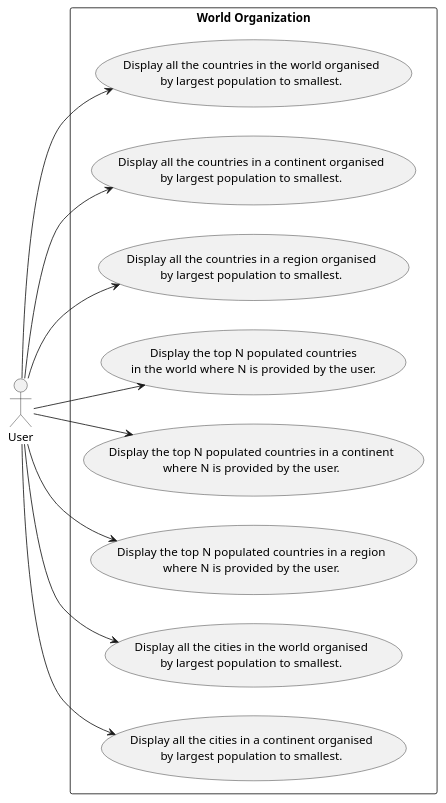
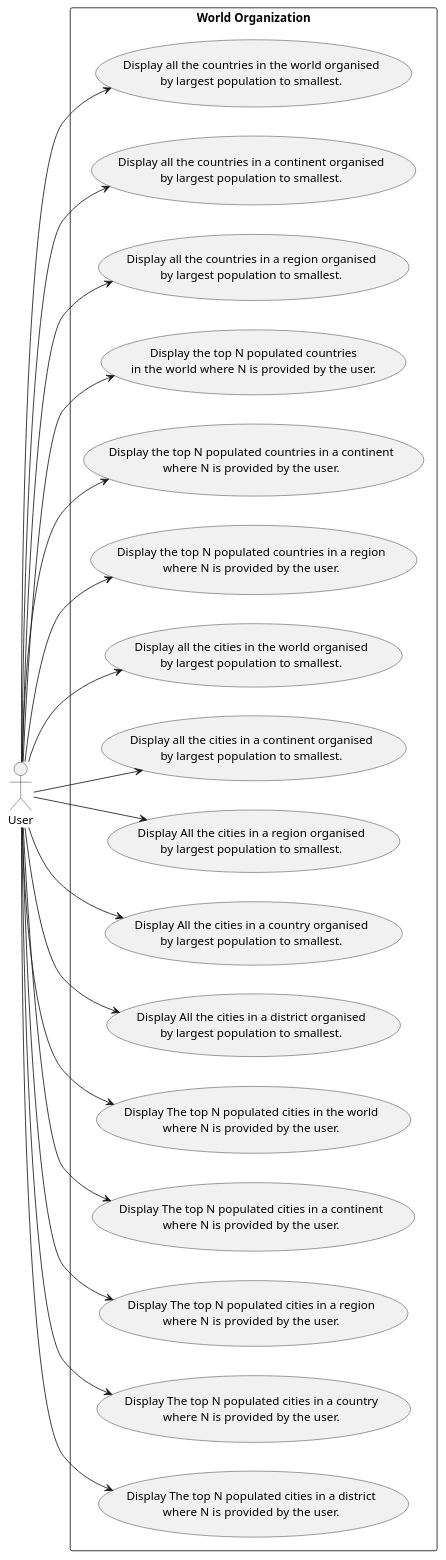
The diagram in use-case/group5.puml (Ngwe-Yee/group5), drawn with PlantUML before and after one commit.

Commit message:
Use Case Diagram is used. [40478654]

```diff
--- a/use-case/group5.puml
+++ b/use-case/group5.puml
@@ -1,37 +1,60 @@
 @startuml
 
 left to right direction
 actor User as "User"
 
 
 
 rectangle "World Organization" {
-    usecase UC4 as "Display all the countries in the world organised
-                        by largest population to smallest."
-    usecase UC5 as "Display all the countries in a continent organised
-                        by largest population to smallest."
-    usecase UC6 as "Display all the countries in a region organised
-                        by largest population to smallest."
-    usecase UC7 as "Display the top N populated countries
-                        in the world where N is provided by the user."
-    usecase UC8 as "Display the top N populated countries in a continent
-                                where N is provided by the user."
-    usecase UC9 as "Display the top N populated countries in a region
-                                where N is provided by the user."
-    usecase UC10 as "Display all the cities in the world organised
-                                  by largest population to smallest."
-    usecase UC11 as "Display all the cities in a continent organised
-                                by largest population to smallest."
+    usecase UC1 as "Display all the countries in the world organised
+    by largest population to smallest."
+    usecase UC2 as "Display all the countries in a continent organised
+    by largest population to smallest."
+    usecase UC3 as "Display all the countries in a region organised
+    by largest population to smallest."
+    usecase UC4 as "Display the top N populated countries
+    in the world where N is provided by the user."
+    usecase UC5 as "Display the top N populated countries in a continent
+    where N is provided by the user."
+    usecase UC6 as "Display the top N populated countries in a region
+    where N is provided by the user."
+    usecase UC7 as "Display all the cities in the world organised
+    by largest population to smallest."
+    usecase UC8 as "Display all the cities in a continent organised
+    by largest population to smallest."
+    usecase UC9 as "Display All the cities in a region organised
+    by largest population to smallest."
+    usecase UC10 as "Display All the cities in a country organised
+    by largest population to smallest."
+    usecase UC11 as "Display All the cities in a district organised
+    by largest population to smallest."
+    usecase UC12 as "Display The top N populated cities in the world
+    where N is provided by the user."
+    usecase UC13 as "Display The top N populated cities in a continent
+    where N is provided by the user."
+    usecase UC14 as "Display The top N populated cities in a region
+    where N is provided by the user."
+    usecase UC15 as "Display The top N populated cities in a country
+    where N is provided by the user."
+    usecase UC16 as "Display The top N populated cities in a district
+    where N is provided by the user."
 
-
+    User --> UC1
+    User --> UC2
+    User --> UC3
     User --> UC4
     User --> UC5
     User --> UC6
     User --> UC7
     User --> UC8
     User --> UC9
     User --> UC10
     User --> UC11
+    User --> UC12
+    User --> UC13
+    User --> UC14
+    User --> UC15
+    User --> UC16
 }
 
 @endum
```
